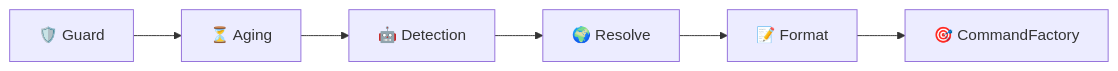
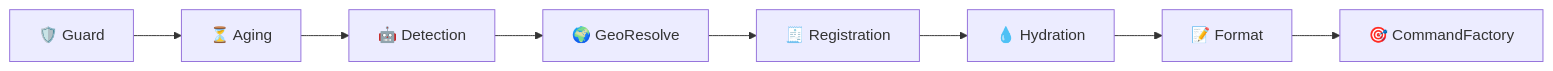
Before and after one commit to antlbn/Timezone_bot: the third of 5 diagrams in docs/ARCHITECTURE_SESSION.md, drawn with Mermaid. The commit also changed other lines of this file and 9 other files, not shown here.

````diff
--- a/docs/ARCHITECTURE_SESSION.md
+++ b/docs/ARCHITECTURE_SESSION.md
@@ -65,4 +65,4 @@
 ```mermaid
 graph LR
-    S1["🛡️ Guard"] --> S2["⏳ Aging"] --> S3["🤖 Detection"] --> S4["🌍 Resolve"] --> S5["📝 Format"] --> S6["🎯 CommandFactory"]
+    S1["🛡️ Guard"] --> S2["⏳ Aging"] --> S3["🤖 Detection"] --> S4["🌍 GeoResolve"] --> S5["🧾 Registration"] --> S6["💧 Hydration"] --> S7["📝 Format"] --> S8["🎯 CommandFactory"]
 ```
````
